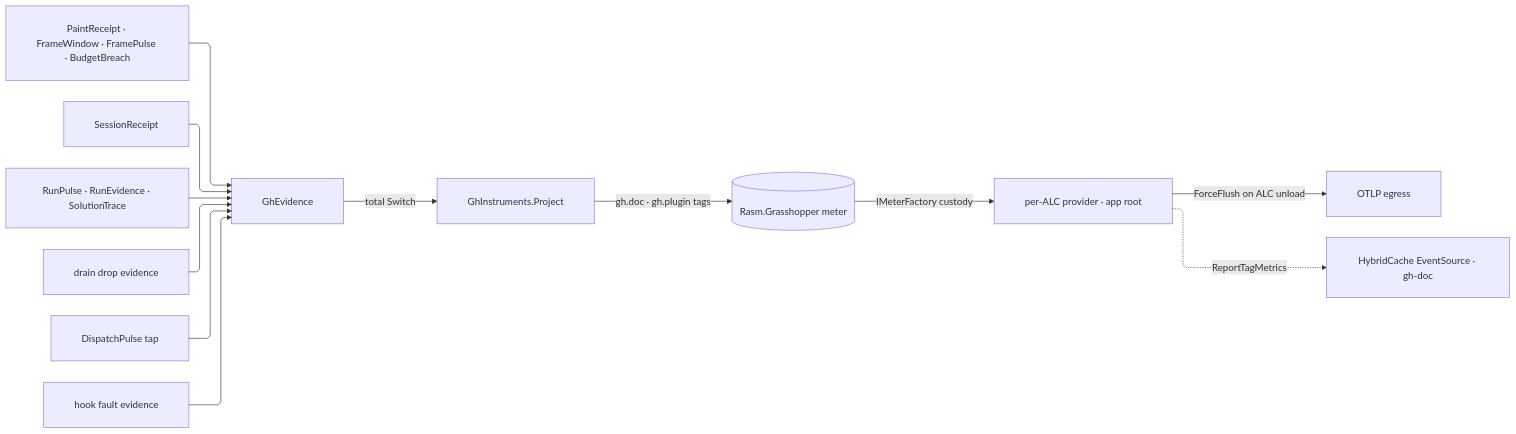
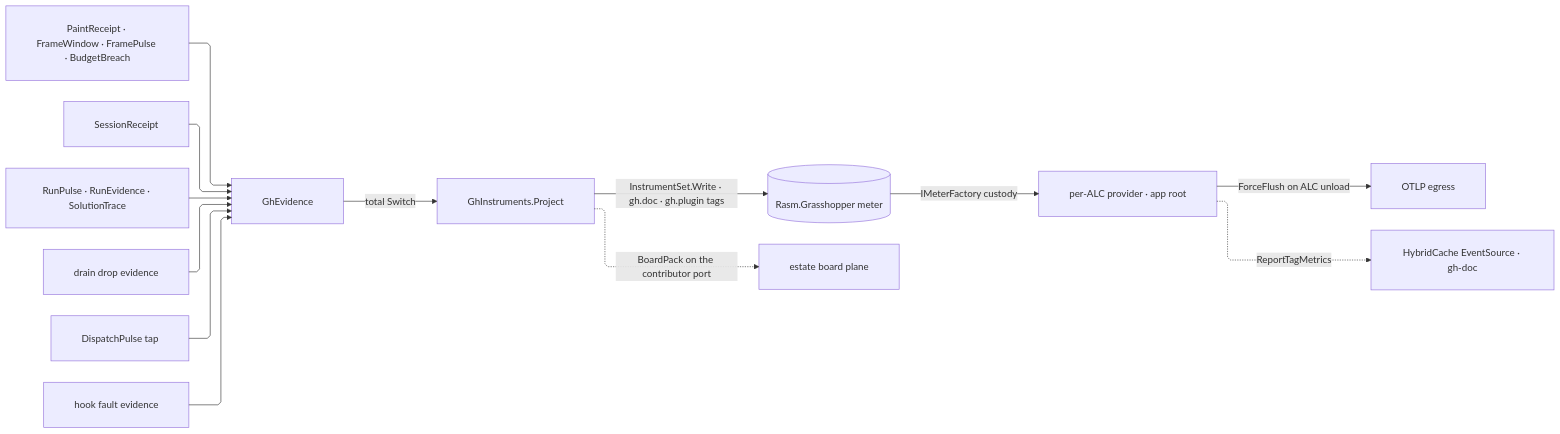
The diagram in libs/csharp/Rasm.Grasshopper/.planning/Shell/telemetry.md (bsamiee/Rasm), drawn with Mermaid before and after one commit. The commit also changed other lines of this file and 249 other files, not shown here.

````diff
--- a/libs/csharp/Rasm.Grasshopper/.planning/Shell/telemetry.md
+++ b/libs/csharp/Rasm.Grasshopper/.planning/Shell/telemetry.md
@@ -318,23 +392,24 @@
 ```mermaid
 ---
 config:
   layout: elk
   flowchart:
     curve: linear
     padding: 25
 ---
 flowchart LR
     accTitle: Project boundary receipts into attributed instruments
     accDescr: Receipt families from paint, motion, session, solution, dispatch, hooks, and drain owners enter one evidence union; a total fold writes tagged instruments on the meter minted through the injected per-ALC factory, the app root flushes providers on load-context unload, and cache tag metrics ride the HybridCache EventSource beside the fold.
     PaintR["PaintReceipt · FrameWindow · FramePulse · BudgetBreach"] --> Union["GhEvidence"]
     SessionR["SessionReceipt"] --> Union
     SolutionR["RunPulse · RunEvidence · SolutionTrace"] --> Union
     DrainR["drain drop evidence"] --> Union
     DispatchR["DispatchPulse tap"] --> Union
     HookR["hook fault evidence"] --> Union
     Union -->|"total Switch"| Fan["GhInstruments.Project"]
-    Fan -->|"gh.doc · gh.plugin tags"| MeterNode[("Rasm.Grasshopper meter")]
+    Fan -->|"InstrumentSet.Write · gh.doc · gh.plugin tags"| MeterNode[("Rasm.Grasshopper meter")]
+    Fan -.->|"BoardPack on the contributor port"| Boards["estate board plane"]
     MeterNode -->|"IMeterFactory custody"| Host["per-ALC provider · app root"]
     Host -->|"ForceFlush on ALC unload"| Egress["OTLP egress"]
     Host -.->|"ReportTagMetrics"| CacheES["HybridCache EventSource · gh-doc"]
 ```
````
